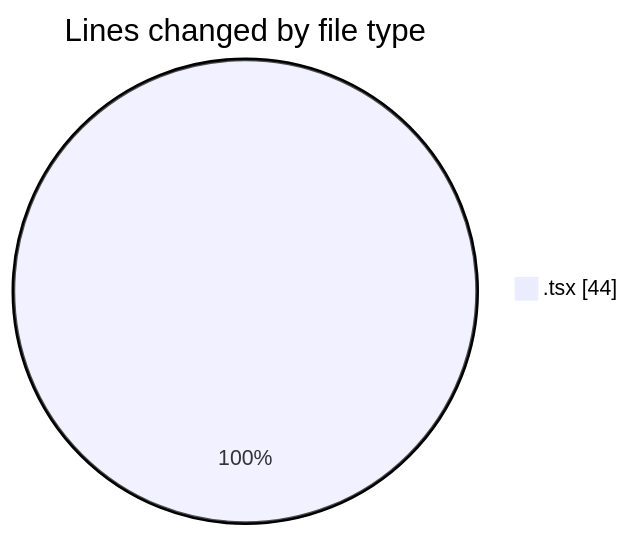
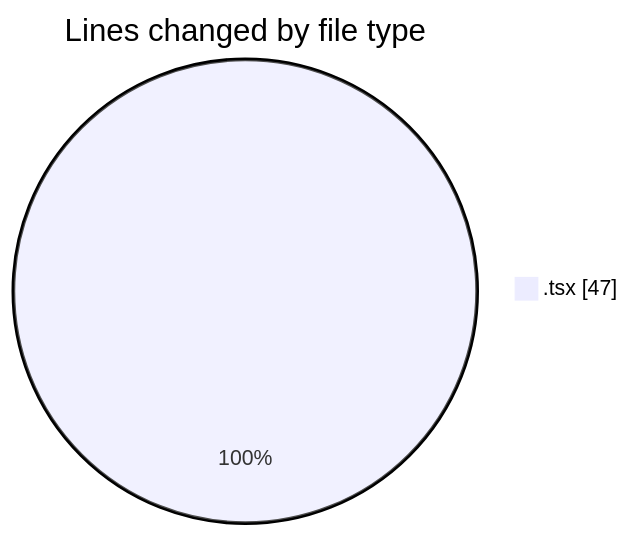
Before and after one commit to julien-gomy/code-tracking: the first of 2 diagrams in 2025-10-21/eventscop-frontend-guide__workspace_/README.md, drawn with Mermaid. The commit also changed other lines of this file and 1 other file, not shown here.

````diff
--- a/2025-10-21/eventscop-frontend-guide__workspace_/README.md
+++ b/2025-10-21/eventscop-frontend-guide__workspace_/README.md
@@ -21,5 +21,5 @@
 ```mermaid
 pie showData
 title Lines changed by file type
-".tsx" : 44
+".tsx" : 47
 ```
````
